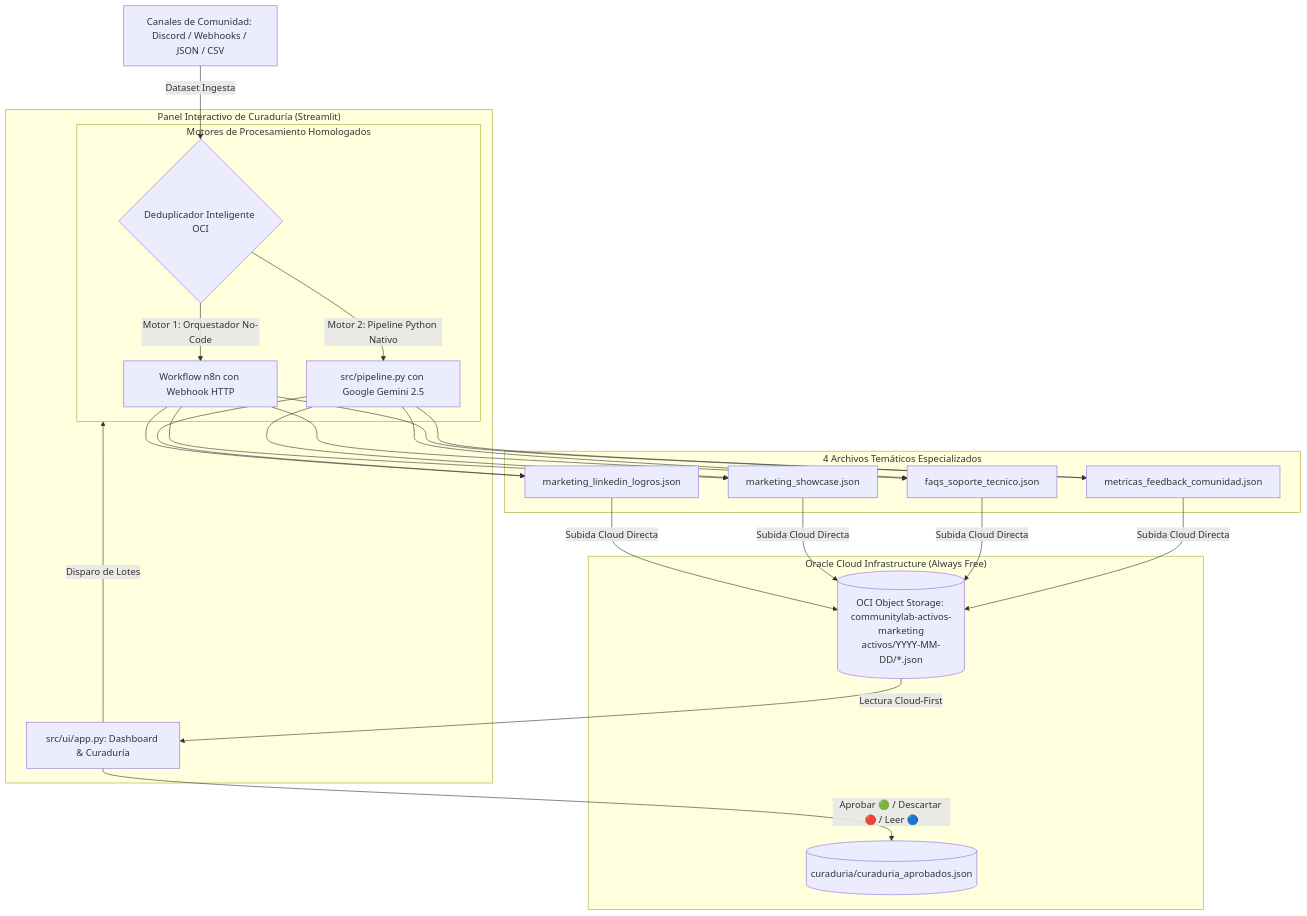
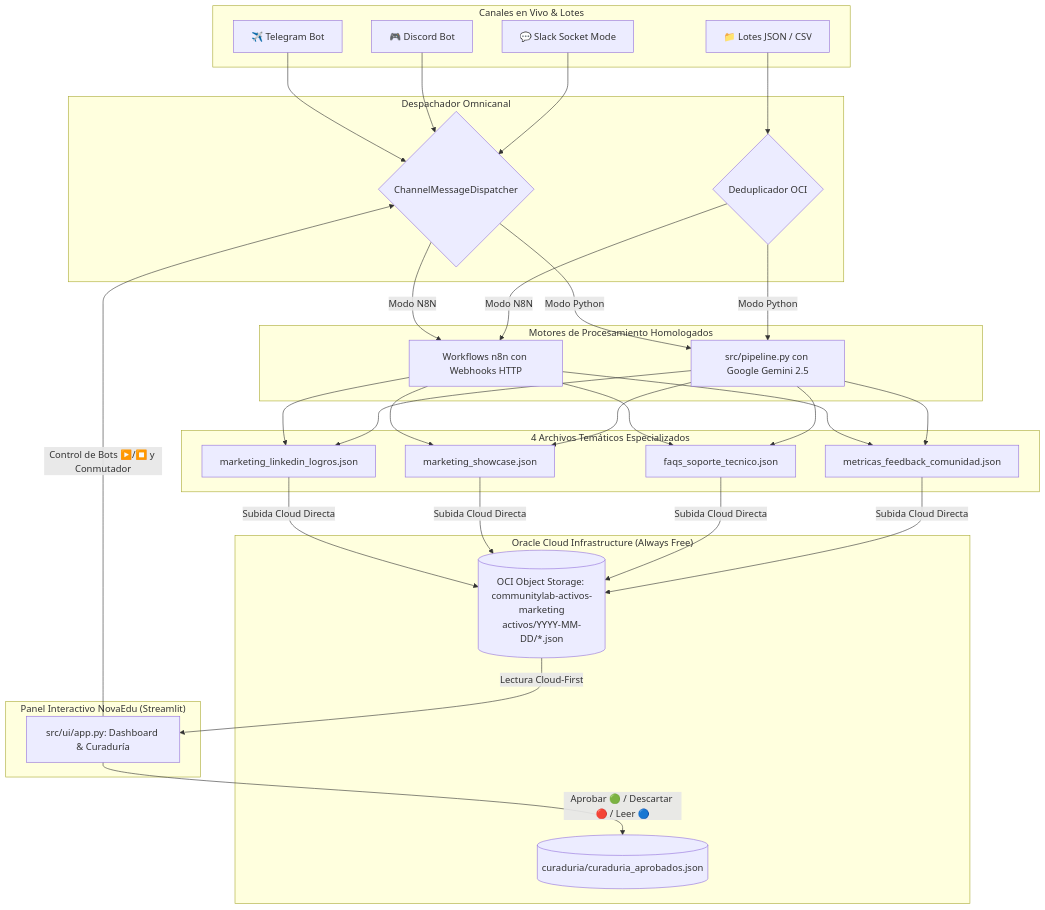
Before and after one commit to No-Country-simulation/G10-LATAM-equipo6-CommunityLab: the diagram in README.md, drawn with Mermaid. The commit also changed other lines of this file and 3 other files, not shown here.

Commit message:
docs: actualizar documentacion general, roadmap sprint 4, backend guide y n8n con avances de main

````diff
--- a/README.md
+++ b/README.md
@@ -22,27 +23,37 @@
 ```mermaid
 flowchart TD
-    A[Canales de Comunidad: Discord / Webhooks / JSON / CSV] -->|Dataset Ingesta| DEDUP{Deduplicador Inteligente OCI}
-    
+    subgraph INGESTA_EN_VIVO ["Canales en Vivo & Lotes"]
+        TG[✈️ Telegram Bot]
+        DC[🎮 Discord Bot]
+        SL[💬 Slack Socket Mode]
+        BATCH[📁 Lotes JSON / CSV]
+    end
+
+    subgraph DISPATCHER ["Despachador Omnicanal"]
+        TG & DC & SL --> DISP{ChannelMessageDispatcher}
+        BATCH --> DEDUP{Deduplicador OCI}
+    end
+
     subgraph DUAL_ENGINE ["Motores de Procesamiento Homologados"]
-        DEDUP -->|Motor 1: Orquestador No-Code| N8N[Workflow n8n con Webhook HTTP]
-        DEDUP -->|Motor 2: Pipeline Python Nativo| PY[src/pipeline.py con Google Gemini 2.5]
+        DISP & DEDUP -->|Modo N8N| N8N[Workflows n8n con Webhooks HTTP]
+        DISP & DEDUP -->|Modo Python| PY[src/pipeline.py con Google Gemini 2.5]
     end
-    
+
     subgraph ESPECIALIZACION ["4 Archivos Temáticos Especializados"]
         N8N & PY --> ARCH1[marketing_linkedin_logros.json]
         N8N & PY --> ARCH2[marketing_showcase.json]
         N8N & PY --> ARCH3[faqs_soporte_tecnico.json]
         N8N & PY --> ARCH4[metricas_feedback_comunidad.json]
     end
-    
+
     subgraph OCI_CLOUD ["Oracle Cloud Infrastructure (Always Free)"]
         ARCH1 & ARCH2 & ARCH3 & ARCH4 -->|Subida Cloud Directa| BUCKET[("OCI Object Storage: communitylab-activos-marketing<br/>activos/YYYY-MM-DD/*.json")]
         CUR_DATA[("curaduria/curaduria_aprobados.json")]
     end
-    
-    subgraph STREAMLIT_PANEL ["Panel Interactivo de Curaduría (Streamlit)"]
+
+    subgraph STREAMLIT_PANEL ["Panel Interactivo NovaEdu (Streamlit)"]
         BUCKET -->|Lectura Cloud-First| UI[src/ui/app.py: Dashboard & Curaduría]
         UI -->|Aprobar 🟢 / Descartar 🔴 / Leer 🔵| CUR_DATA
-        UI -->|Disparo de Lotes| DUAL_ENGINE
+        UI -->|Control de Bots ▶️/⏹️ y Conmutador| DISP
     end
 ```
````
